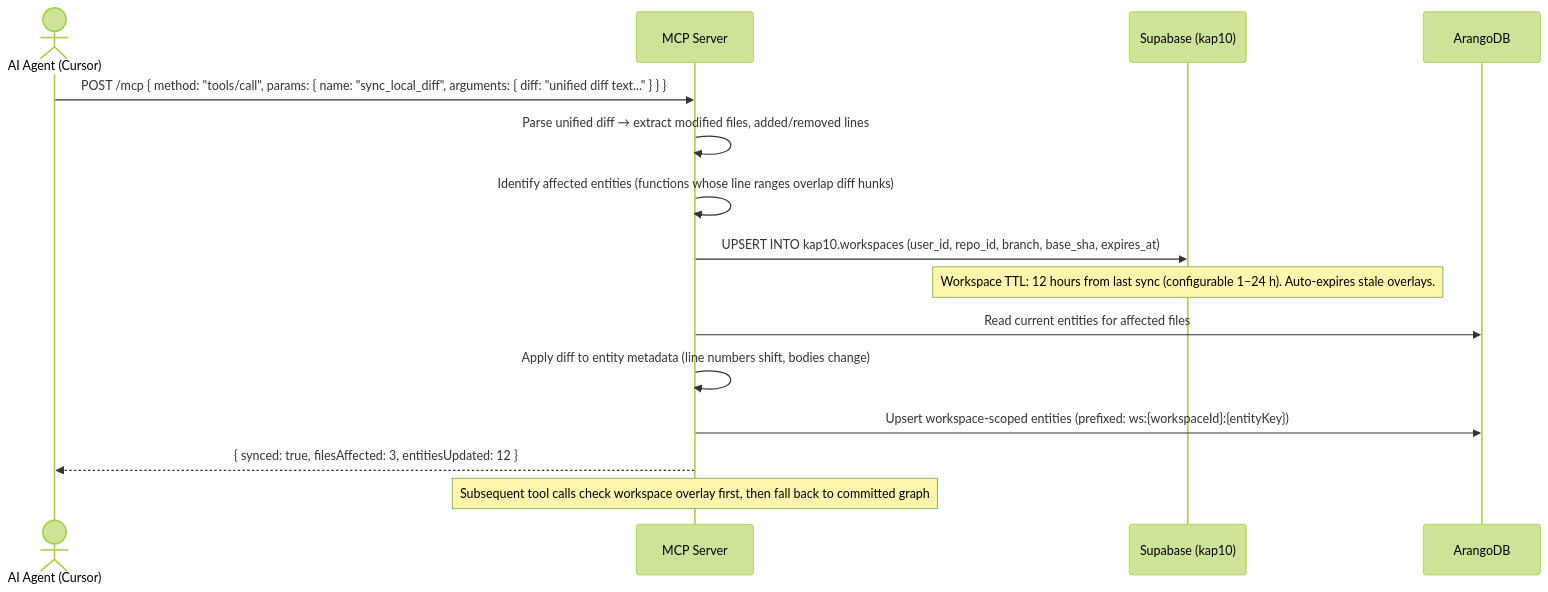
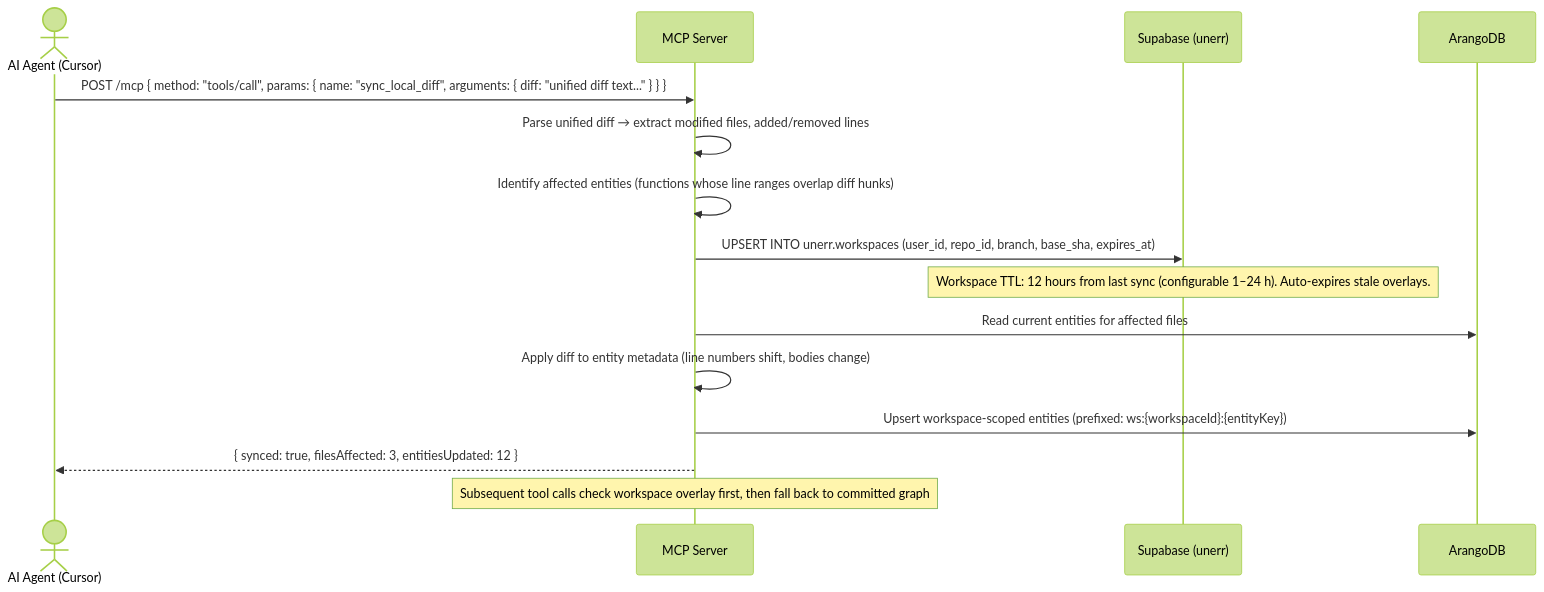
The fifth of 5 diagrams in docs/architecture/PHASE_2_HOSTED_MCP_SERVER.md (AutoRail-AI/kap10-server), drawn with Mermaid (forest theme) before and after one commit. The commit also changed other lines of this file and 157 other files, not shown here.

````diff
--- a/docs/architecture/PHASE_2_HOSTED_MCP_SERVER.md
+++ b/docs/architecture/PHASE_2_HOSTED_MCP_SERVER.md
@@ -426,23 +426,23 @@
 ```mermaid
 sequenceDiagram
     actor Agent as AI Agent (Cursor)
     participant MCP as MCP Server
-    participant Supabase as Supabase (kap10)
+    participant Supabase as Supabase (unerr)
     participant ArangoDB
 
     Agent->>MCP: POST /mcp { method: "tools/call", params: { name: "sync_local_diff", arguments: { diff: "unified diff text..." } } }
 
     MCP->>MCP: Parse unified diff → extract modified files, added/removed lines
     MCP->>MCP: Identify affected entities (functions whose line ranges overlap diff hunks)
 
-    MCP->>Supabase: UPSERT INTO kap10.workspaces (user_id, repo_id, branch, base_sha, expires_at)
+    MCP->>Supabase: UPSERT INTO unerr.workspaces (user_id, repo_id, branch, base_sha, expires_at)
     Note over Supabase: Workspace TTL: 12 hours from last sync (configurable 1–24 h). Auto-expires stale overlays.
 
     MCP->>ArangoDB: Read current entities for affected files
     MCP->>MCP: Apply diff to entity metadata (line numbers shift, bodies change)
     MCP->>ArangoDB: Upsert workspace-scoped entities (prefixed: ws:{workspaceId}:{entityKey})
 
     MCP-->>Agent: { synced: true, filesAffected: 3, entitiesUpdated: 12 }
 
     Note over MCP: Subsequent tool calls check workspace overlay first, then fall back to committed graph
 ```
````
